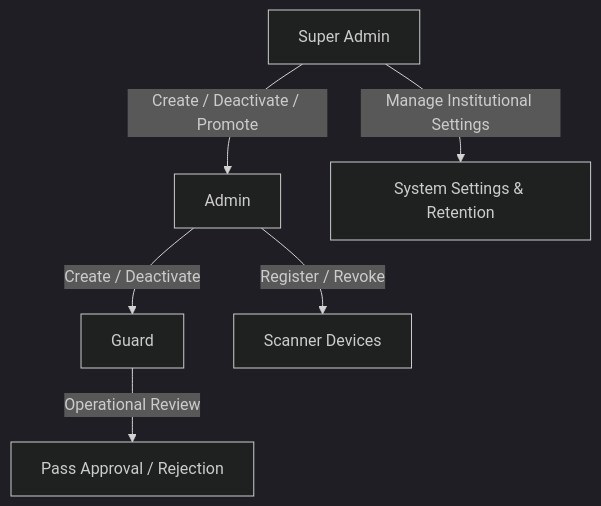
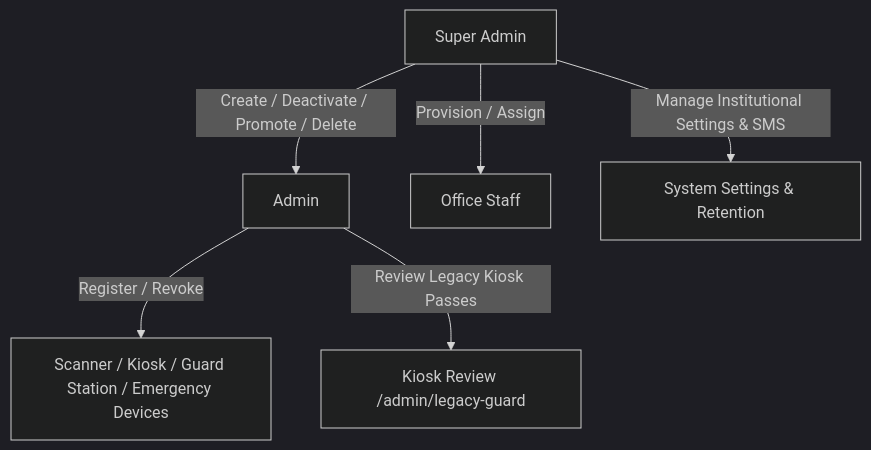
The first of 5 diagrams in docs/OPERATIONS.md (jsphhbna/egatepass), drawn with Mermaid (dark theme) before and after one commit. The commit also changed other lines of this file and 59 other files, not shown here.

````diff
--- a/docs/OPERATIONS.md
+++ b/docs/OPERATIONS.md
@@ -11,13 +11,13 @@
 ```mermaid
 flowchart TD
     SA[Super Admin]
     Admin[Admin]
-    Guard[Guard]
-    Device[Scanner Devices]
+    Office[Office Staff]
+    Device[Scanner / Kiosk / Guard Station / Emergency Devices]
 
-    SA -->|Create / Deactivate / Promote| Admin
-    SA -->|Manage Institutional Settings| Settings[System Settings & Retention]
-    Admin -->|Create / Deactivate| Guard
+    SA -->|Create / Deactivate / Promote / Delete| Admin
+    SA -->|Manage Institutional Settings & SMS| Settings[System Settings & Retention]
+    SA -->|Provision / Assign| Office
     Admin -->|Register / Revoke| Device
-    Guard -->|Operational Review| Passes[Pass Approval / Rejection]
+    Admin -->|Review Legacy Kiosk Passes| Passes[Kiosk Review /admin/legacy-guard]
 ```
````
